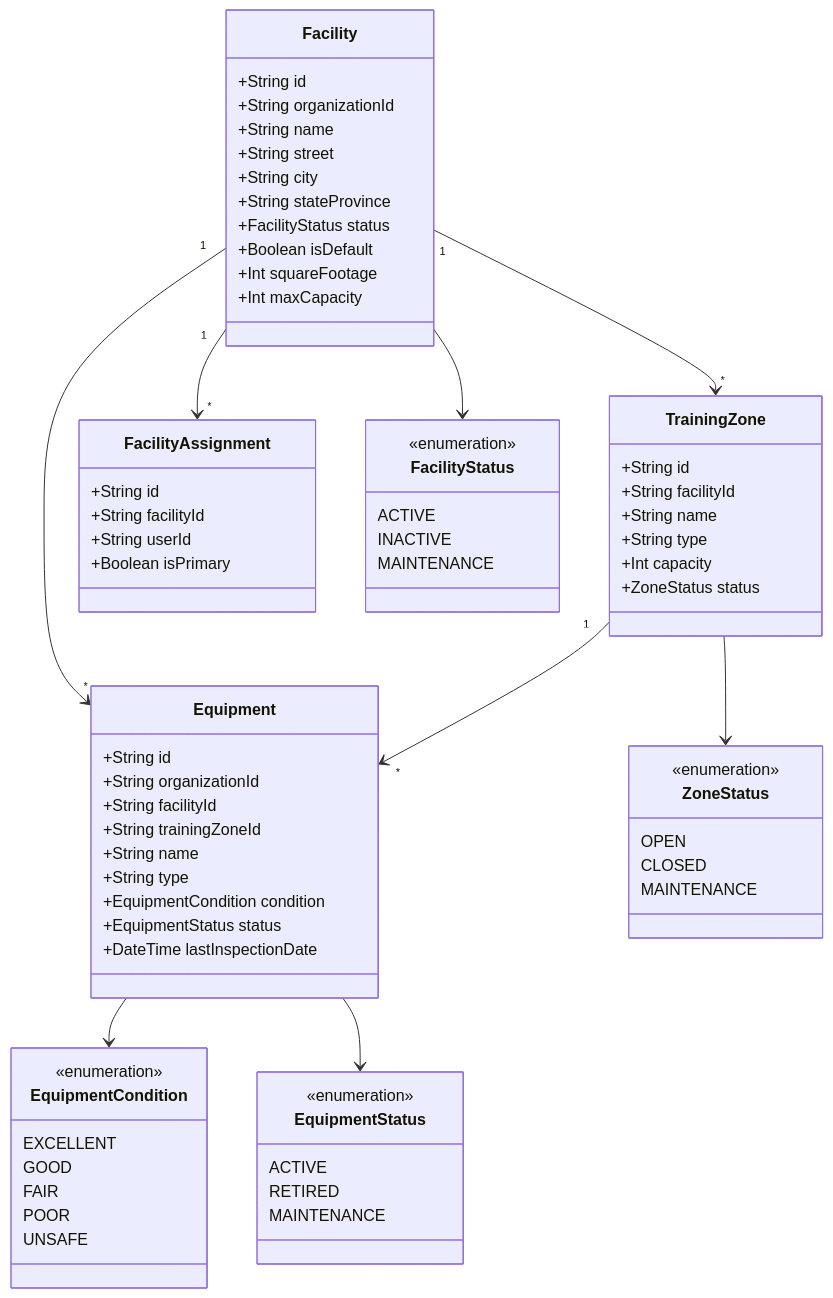
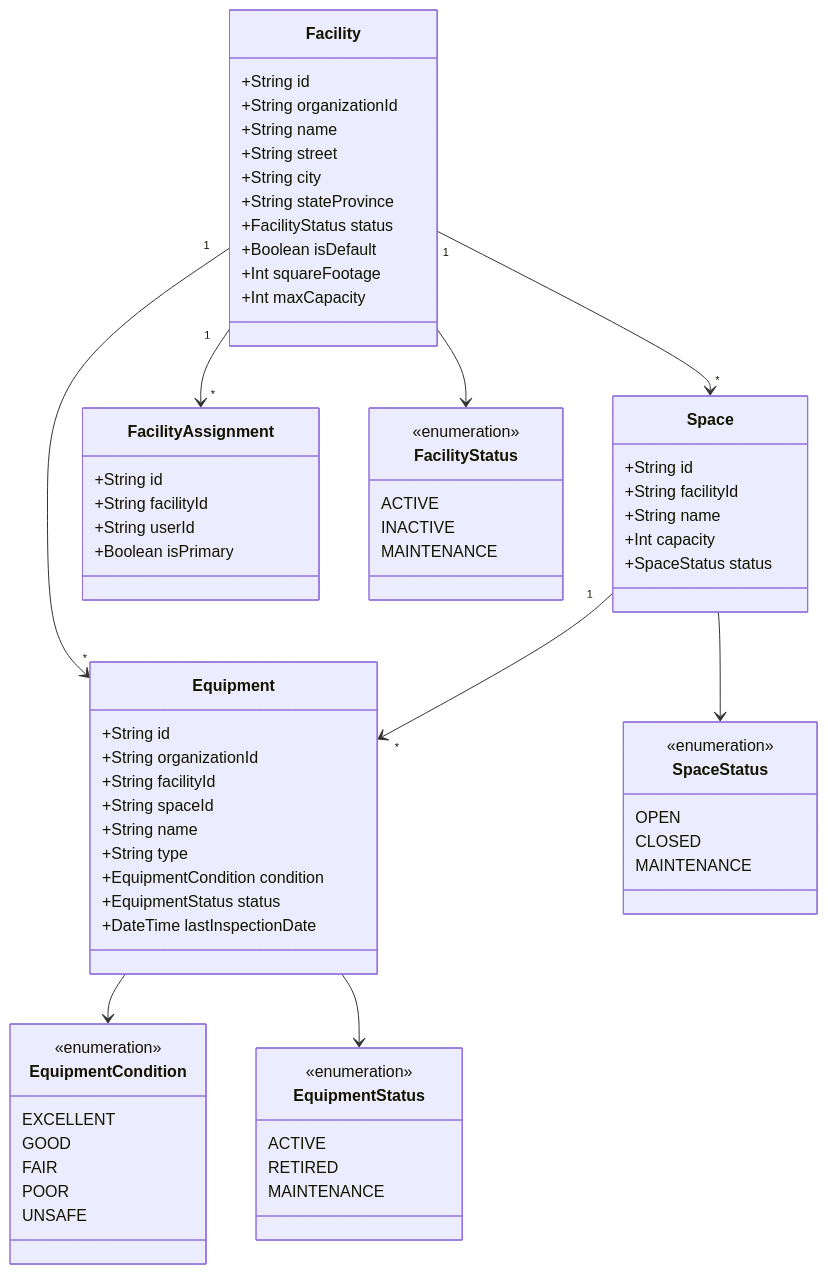
The seventh of 13 diagrams in docs/data-structure.md (nadilifter/twizzle), drawn with Mermaid before and after one commit. The commit also changed other lines of this file and 20 other files, not shown here.

First line of the commit message:
refactor: rename training zones to spaces and remove type field

````diff
--- a/docs/data-structure.md
+++ b/docs/data-structure.md
@@ -347,82 +347,81 @@
 ```mermaid
 classDiagram
     class Facility {
         +String id
         +String organizationId
         +String name
         +String street
         +String city
         +String stateProvince
         +FacilityStatus status
         +Boolean isDefault
         +Int squareFootage
         +Int maxCapacity
     }
 
-    class TrainingZone {
+    class Space {
         +String id
         +String facilityId
         +String name
-        +String type
         +Int capacity
-        +ZoneStatus status
+        +SpaceStatus status
     }
 
     class Equipment {
         +String id
         +String organizationId
         +String facilityId
-        +String trainingZoneId
+        +String spaceId
         +String name
         +String type
         +EquipmentCondition condition
         +EquipmentStatus status
         +DateTime lastInspectionDate
     }
 
     class FacilityAssignment {
         +String id
         +String facilityId
         +String userId
         +Boolean isPrimary
     }
 
     class FacilityStatus {
         <<enumeration>>
         ACTIVE
         INACTIVE
         MAINTENANCE
     }
 
-    class ZoneStatus {
+    class SpaceStatus {
         <<enumeration>>
         OPEN
         CLOSED
         MAINTENANCE
     }
 
     class EquipmentCondition {
         <<enumeration>>
         EXCELLENT
         GOOD
         FAIR
         POOR
         UNSAFE
     }
 
     class EquipmentStatus {
         <<enumeration>>
         ACTIVE
         RETIRED
         MAINTENANCE
     }
 
-    Facility "1" --> "*" TrainingZone
+    Facility "1" --> "*" Space
     Facility "1" --> "*" Equipment
     Facility "1" --> "*" FacilityAssignment
-    TrainingZone "1" --> "*" Equipment
+    Space "1" --> "*" Equipment
     Facility --> FacilityStatus
-    TrainingZone --> ZoneStatus
+    Space --> SpaceStatus
     Equipment --> EquipmentCondition
     Equipment --> EquipmentStatus
 ```
````
